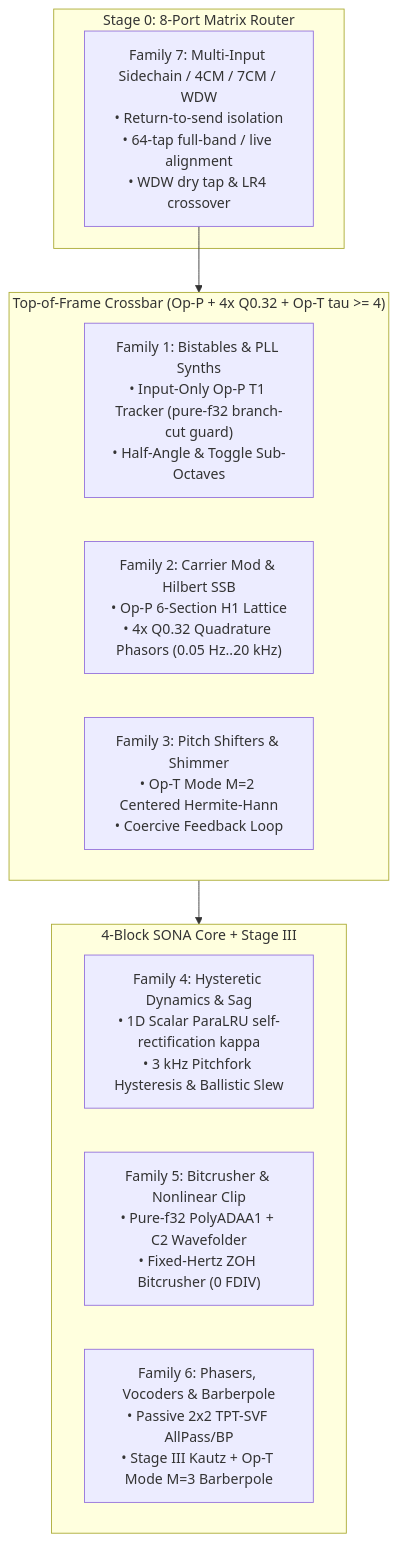
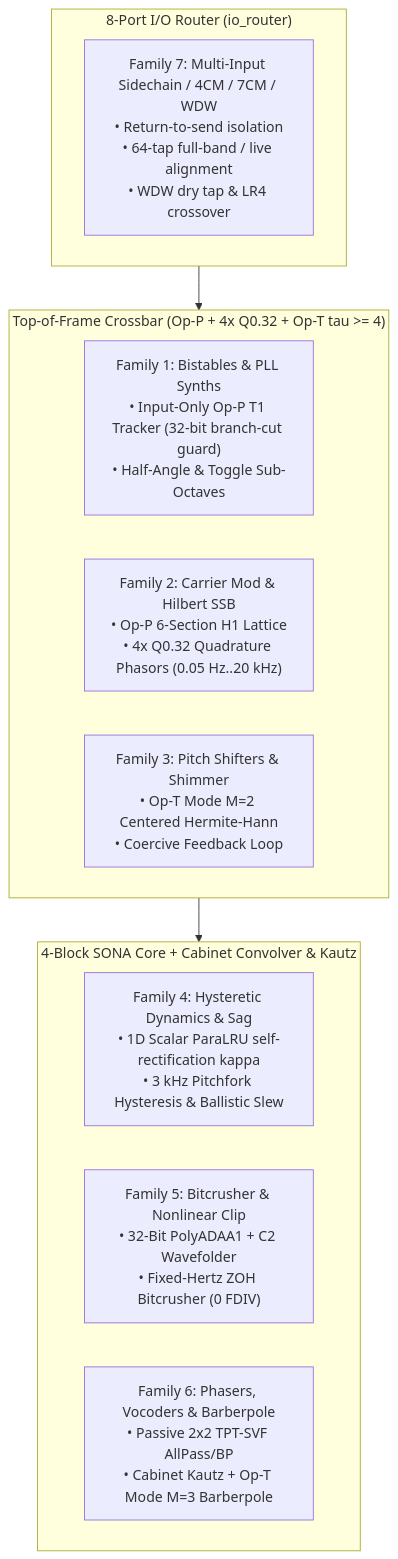
The seventh of 7 diagrams in docs/specs/architecture/sona_architecture.md (mokugen/dnam), drawn with Mermaid before and after one commit. The commit also changed other lines of this file and 198 other files, not shown here.

````diff
--- a/docs/specs/architecture/sona_architecture.md
+++ b/docs/specs/architecture/sona_architecture.md
@@ -522,20 +600,20 @@
 ```mermaid
 flowchart TD
-    subgraph Stage0Router ["Stage 0: 8-Port Matrix Router"]
+    subgraph IoRouter ["8-Port I/O Router (io_router)"]
         F7["Family 7: Multi-Input Sidechain / 4CM / 7CM / WDW<br/>• Return-to-send isolation<br/>• 64-tap full-band / live alignment<br/>• WDW dry tap & LR4 crossover"]
     end
 
     subgraph Crossbar ["Top-of-Frame Crossbar (Op-P + 4x Q0.32 + Op-T tau >= 4)"]
-        F1["Family 1: Bistables & PLL Synths<br/>• Input-Only Op-P T1 Tracker (pure-f32 branch-cut guard)<br/>• Half-Angle & Toggle Sub-Octaves"]
+        F1["Family 1: Bistables & PLL Synths<br/>• Input-Only Op-P T1 Tracker (32-bit branch-cut guard)<br/>• Half-Angle & Toggle Sub-Octaves"]
         F2["Family 2: Carrier Mod & Hilbert SSB<br/>• Op-P 6-Section H1 Lattice<br/>• 4x Q0.32 Quadrature Phasors (0.05 Hz..20 kHz)"]
         F3["Family 3: Pitch Shifters & Shimmer<br/>• Op-T Mode M=2 Centered Hermite-Hann<br/>• Coercive Feedback Loop"]
     end
 
-    subgraph CoreAndCab ["4-Block SONA Core + Stage III"]
+    subgraph CoreAndCab ["4-Block SONA Core + Cabinet Convolver & Kautz"]
         F4["Family 4: Hysteretic Dynamics & Sag<br/>• 1D Scalar ParaLRU self-rectification kappa<br/>• 3 kHz Pitchfork Hysteresis & Ballistic Slew"]
-        F5["Family 5: Bitcrusher & Nonlinear Clip<br/>• Pure-f32 PolyADAA1 + C2 Wavefolder<br/>• Fixed-Hertz ZOH Bitcrusher (0 FDIV)"]
-        F6["Family 6: Phasers, Vocoders & Barberpole<br/>• Passive 2x2 TPT-SVF AllPass/BP<br/>• Stage III Kautz + Op-T Mode M=3 Barberpole"]
+        F5["Family 5: Bitcrusher & Nonlinear Clip<br/>• 32-Bit PolyADAA1 + C2 Wavefolder<br/>• Fixed-Hertz ZOH Bitcrusher (0 FDIV)"]
+        F6["Family 6: Phasers, Vocoders & Barberpole<br/>• Passive 2x2 TPT-SVF AllPass/BP<br/>• Cabinet Kautz + Op-T Mode M=3 Barberpole"]
     end
 
-    F7 --> Crossbar --> CoreAndCab
+    IoRouter --> Crossbar --> CoreAndCab
 ```
````
